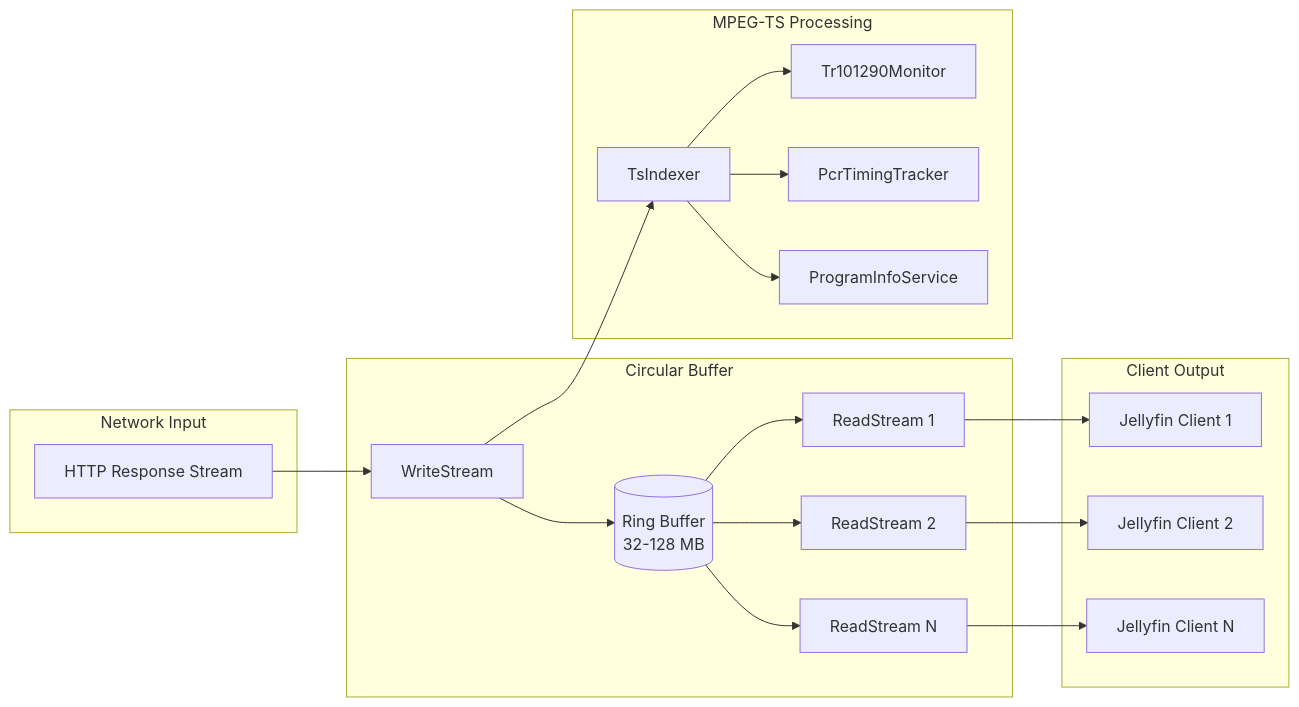
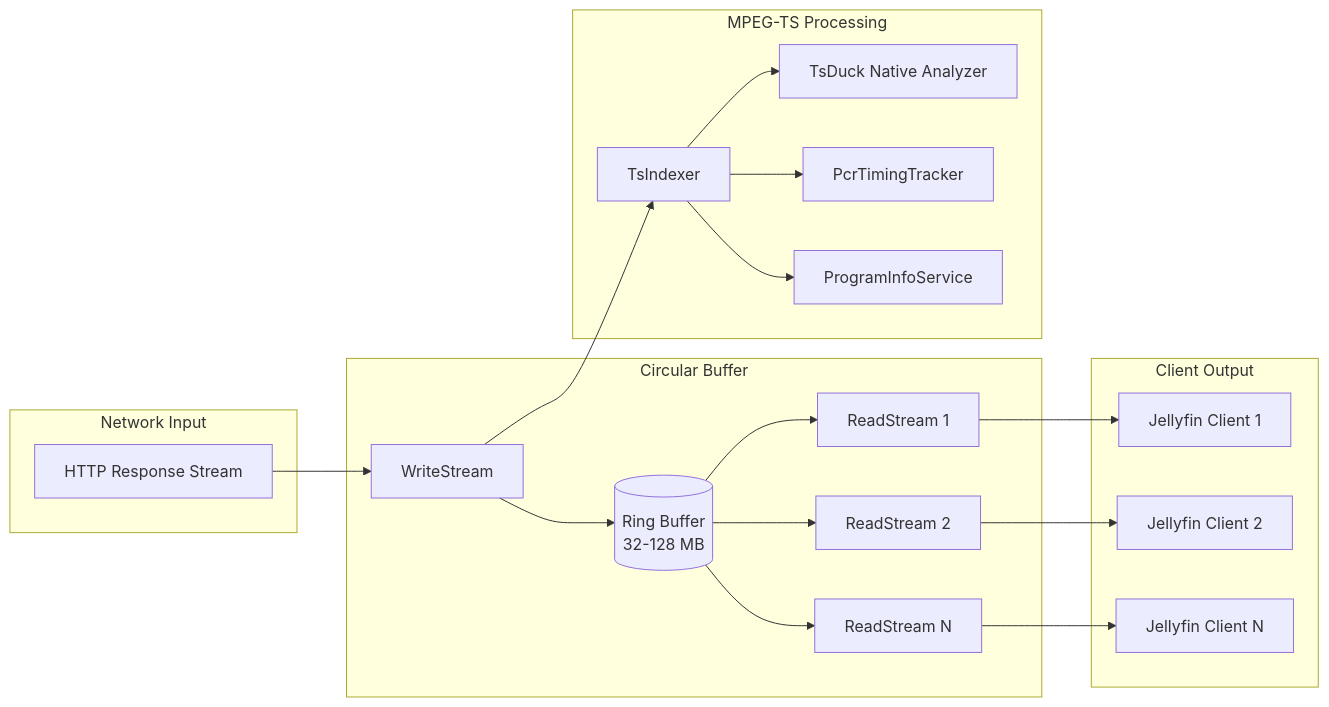
One commit to magyargergo/Jellyfin.Xtream changed the second of 9 diagrams in Jellyfin.Xtream/Service/MpegTs/README.md. Above: the diagram before and after it, drawn with Mermaid. The commit also changed other lines of this file and 15 other files, not shown here.

````diff
--- a/Jellyfin.Xtream/Service/MpegTs/README.md
+++ b/Jellyfin.Xtream/Service/MpegTs/README.md
@@ -75,40 +75,40 @@
 ```mermaid
 flowchart LR
     subgraph Input["Network Input"]
         HTTP[HTTP Response Stream]
     end
 
     subgraph Buffer["Circular Buffer"]
         Write[WriteStream]
         Ring[(Ring Buffer<br/>32-128 MB)]
         Read1[ReadStream 1]
         Read2[ReadStream 2]
         ReadN[ReadStream N]
     end
 
     subgraph Processing["MPEG-TS Processing"]
         Indexer[TsIndexer]
-        Quality[Tr101290Monitor]
+        Quality[TsDuck Native Analyzer]
         Timing[PcrTimingTracker]
         Program[ProgramInfoService]
     end
 
     subgraph Output["Client Output"]
         Client1[Jellyfin Client 1]
         Client2[Jellyfin Client 2]
         ClientN[Jellyfin Client N]
     end
 
     HTTP --> Write
     Write --> Ring
     Write --> Indexer
     Indexer --> Quality
     Indexer --> Timing
     Indexer --> Program
     Ring --> Read1
     Ring --> Read2
     Ring --> ReadN
     Read1 --> Client1
     Read2 --> Client2
     ReadN --> ClientN
 ```
````
